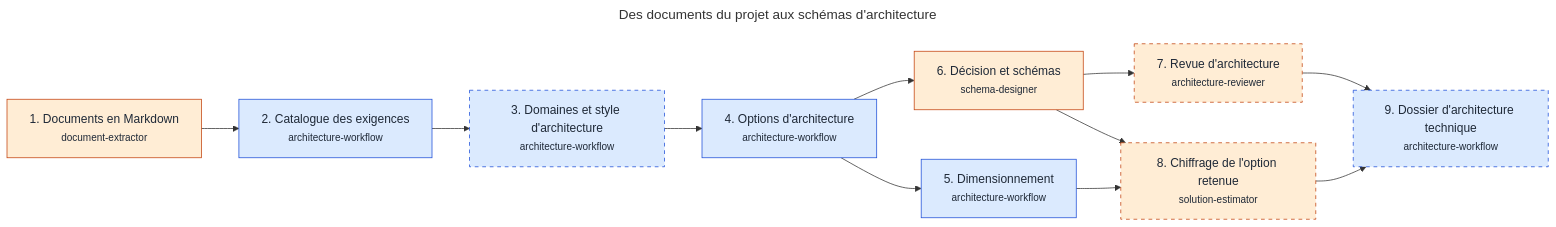
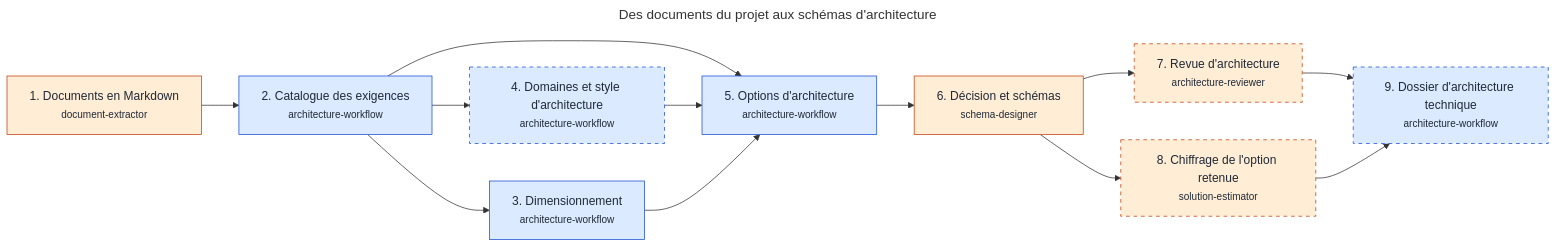
Before and after one commit to RenaudVanhille/myskills: the diagram in docs/workflows/architecture.md, drawn with Mermaid. The commit also changed other lines of this file and 12 other files, not shown here.

First line of the commit message:
feat: dimensionnement juste après les exigences, avant les options d'architecture (#147)

````diff
--- a/docs/workflows/architecture.md
+++ b/docs/workflows/architecture.md
@@ -18,31 +18,32 @@
 ```mermaid
 ---
 title: "Des documents du projet aux schémas d'architecture"
 ---
 flowchart LR
   s_documents["1. Documents en Markdown<br/><small>document-extractor</small>"]
   s_exigences["2. Catalogue des exigences<br/><small>architecture-workflow</small>"]
-  s_domaines["3. Domaines et style d'architecture<br/><small>architecture-workflow</small>"]
-  s_architectures["4. Options d'architecture<br/><small>architecture-workflow</small>"]
-  s_dimensionnement["5. Dimensionnement<br/><small>architecture-workflow</small>"]
+  s_dimensionnement["3. Dimensionnement<br/><small>architecture-workflow</small>"]
+  s_domaines["4. Domaines et style d'architecture<br/><small>architecture-workflow</small>"]
+  s_architectures["5. Options d'architecture<br/><small>architecture-workflow</small>"]
   s_schemas["6. Décision et schémas<br/><small>schema-designer</small>"]
   s_revue["7. Revue d'architecture<br/><small>architecture-reviewer</small>"]
   s_chiffrage["8. Chiffrage de l'option retenue<br/><small>solution-estimator</small>"]
   s_dossier["9. Dossier d'architecture technique<br/><small>architecture-workflow</small>"]
   s_documents --> s_exigences
+  s_exigences --> s_dimensionnement
   s_exigences --> s_domaines
+  s_exigences --> s_architectures
   s_domaines --> s_architectures
-  s_architectures --> s_dimensionnement
+  s_dimensionnement --> s_architectures
   s_architectures --> s_schemas
   s_schemas --> s_revue
   s_schemas --> s_chiffrage
-  s_dimensionnement --> s_chiffrage
   s_revue --> s_dossier
   s_chiffrage --> s_dossier
   classDef moteur fill:#dbeafe,stroke:#1d4ed8,color:#1f2937
   classDef agent fill:#ffedd5,stroke:#c2410c,color:#1f2937
   classDef facultative stroke-dasharray:5 5
-  class s_exigences,s_domaines,s_architectures,s_dimensionnement,s_dossier moteur
+  class s_exigences,s_dimensionnement,s_domaines,s_architectures,s_dossier moteur
   class s_documents,s_schemas,s_revue,s_chiffrage agent
   class s_domaines,s_revue,s_chiffrage,s_dossier facultative
 ```
````
